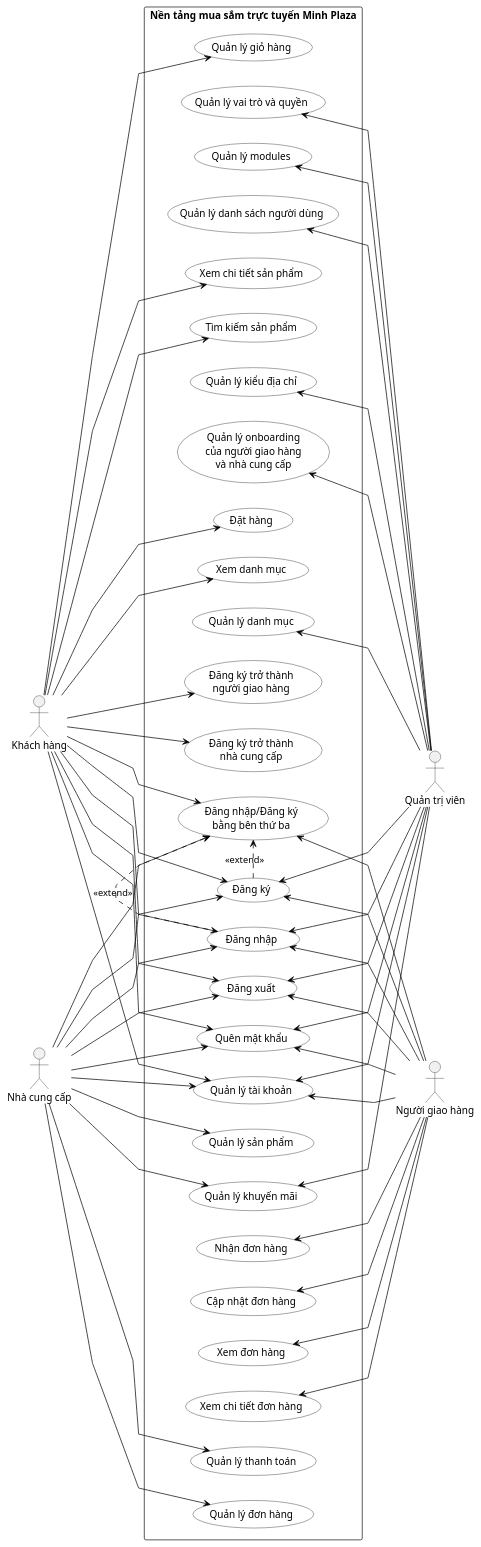
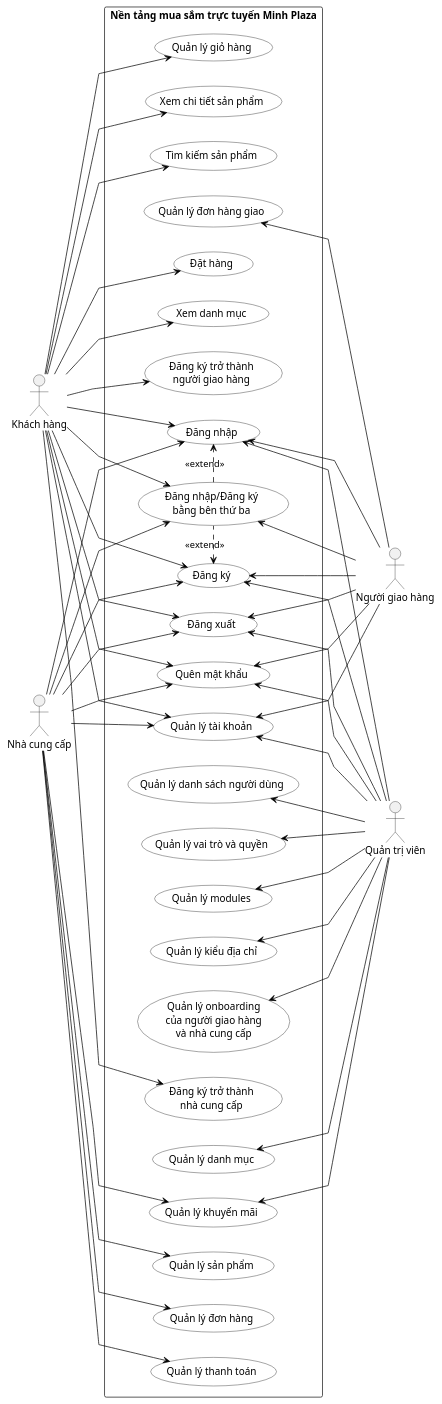
The diagram in docs/use-case-tong-quan.puml (TienMinh25/ecommerce-platform), drawn with PlantUML before and after one commit. The commit also changed 1 other file, not shown here.

```diff
--- a/docs/use-case-tong-quan.puml
+++ b/docs/use-case-tong-quan.puml
@@ -1,122 +1,116 @@
 @startuml
 ' Use horizontal layout with actors on both sides
 left to right direction
 ' Improve visual appearance
 skinparam usecase {
   BackgroundColor white
   BorderColor black
   ArrowColor black
 }
 skinparam packageStyle rectangle
 skinparam linetype polyline
 ' Left actors
 actor "Khách hàng" as kh
 actor "Nhà cung cấp" as ncc
 ' Right actors
 actor "Quản trị viên" as qtv
 actor "Người giao hàng" as ngh
 ' Group common use cases in the middle (short names on same rows)
 rectangle "Nền tảng mua sắm trực tuyến Minh Plaza" {
   ' Authentication use cases - rearranged for better layout
   usecase "Đăng ký" as UC2
   usecase "Đăng nhập/Đăng ký\nbằng bên thứ ba" as UC30
   usecase "Đăng nhập" as UC1
 
   usecase "Đăng xuất" as UC3
   usecase "Quên mật khẩu" as UC4
 
   ' User management use cases (admin)
   usecase "Quản lý danh sách người dùng" as UC5
   usecase "Quản lý vai trò và quyền" as UC6
   usecase "Quản lý modules" as UC7
   usecase "Quản lý kiểu địa chỉ" as UC8
   usecase "Quản lý onboarding\ncủa người giao hàng\nvà nhà cung cấp" as UC9
 
   ' Account and profile use cases
   usecase "Quản lý tài khoản" as UC10
 
   ' Catalog management use cases
   usecase "Quản lý danh mục" as UC11
   usecase "Quản lý khuyến mãi" as UC12
   usecase "Quản lý sản phẩm" as UC19
 
   ' Customer-facing use cases
   usecase "Quản lý giỏ hàng" as UC13
   usecase "Tìm kiếm sản phẩm" as UC14
   usecase "Xem chi tiết sản phẩm" as UC15
   usecase "Đặt hàng" as UC16
   usecase "Xem danh mục" as UC18
 
   ' Supplier-facing use cases
   usecase "Quản lý đơn hàng" as UC21
   usecase "Quản lý thanh toán" as UC22
 
   ' Delivery person use cases
-  usecase "Xem đơn hàng" as UC24
-  usecase "Xem chi tiết đơn hàng" as UC25
-  usecase "Nhận đơn hàng" as UC26
-  usecase "Cập nhật đơn hàng" as UC27
+  usecase "Quản lý đơn hàng giao" as UC24
 
   ' New customer onboarding use cases
   usecase "Đăng ký trở thành\nngười giao hàng" as UC28
   usecase "Đăng ký trở thành\nnhà cung cấp" as UC29
 }
 
 ' Extend relationships
-UC2 .> UC30 : <<extend>>
-UC1 .> UC30 : <<extend>>
+UC2 <. UC30 : <<extend>>
+UC30 .> UC1 : <<extend>>
 
 ' Connect actors to their use cases
 ' Khách hàng connections
 kh --> UC1
 kh --> UC2
 kh --> UC3
 kh --> UC4
 kh --> UC10
 kh --> UC13
 kh --> UC14
 kh --> UC15
 kh --> UC16
 kh --> UC18
 kh --> UC28
 kh --> UC29
 kh --> UC30
 
 ' Nhà cung cấp connections
 ncc --> UC1
 ncc --> UC2
 ncc --> UC3
 ncc --> UC4
 ncc --> UC10
 ncc --> UC12
 ncc --> UC19
 ncc --> UC21
 ncc --> UC22
 ncc --> UC30
 
 ' Admin connections
 UC5 <-- qtv
 UC6 <-- qtv
 UC7 <-- qtv
 UC8 <-- qtv
 UC9 <-- qtv
 UC10 <-- qtv
 UC11 <-- qtv
 UC12 <-- qtv
 UC1 <-- qtv
 UC2 <-- qtv
 UC3 <-- qtv
 UC4 <-- qtv
 
 ' Delivery person connections
 UC1 <-- ngh
 UC2 <-- ngh
 UC3 <-- ngh
 UC4 <-- ngh
 UC10 <-- ngh
 UC24 <-- ngh
-UC25 <-- ngh
-UC26 <-- ngh
-UC27 <-- ngh
 UC30 <-- ngh
 @enduml
```
